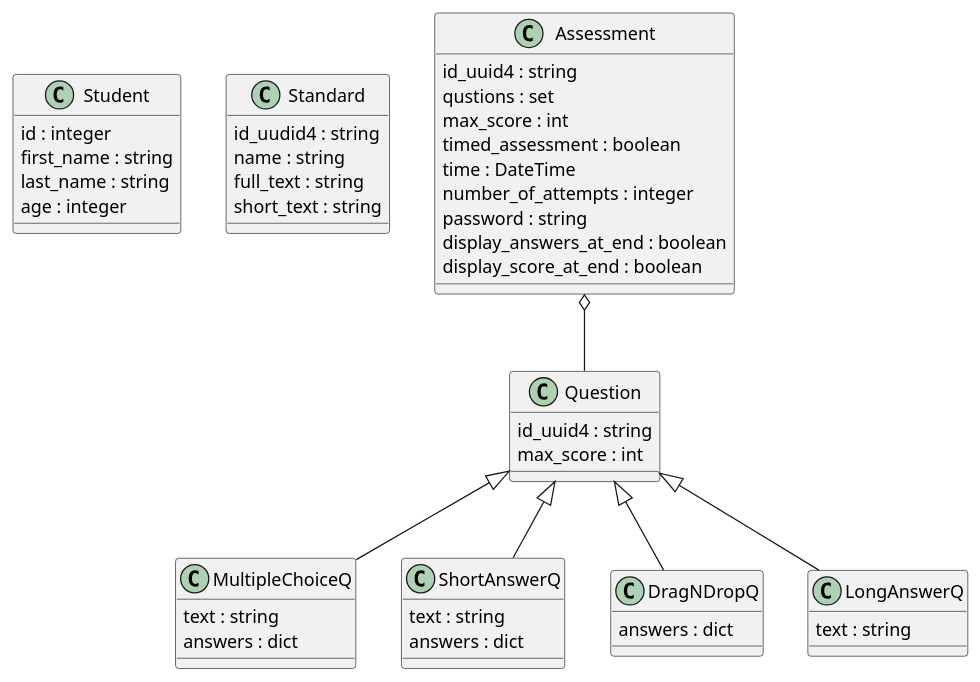
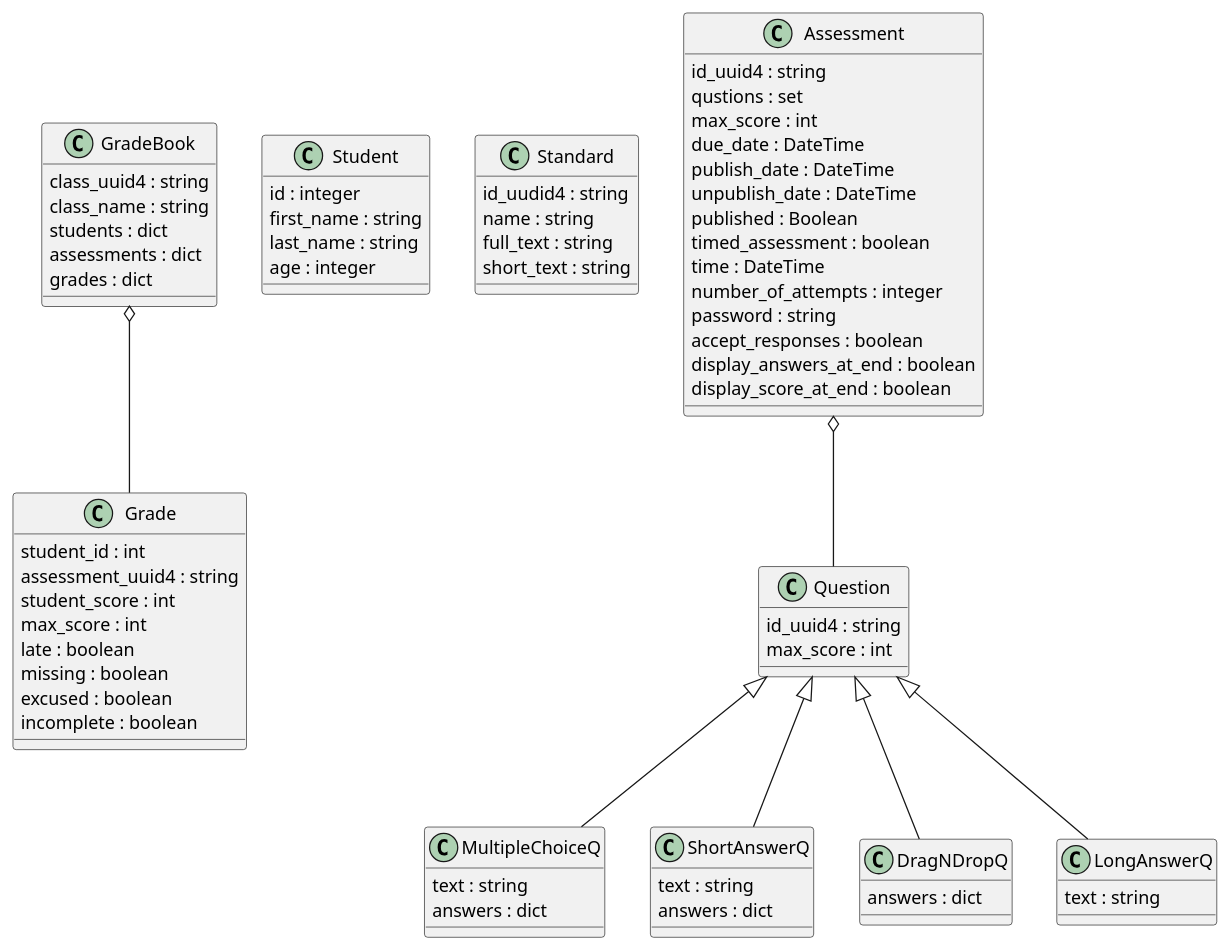
Before and after one commit to tfree87/LibreEd: the second of 2 diagrams in README.org, drawn with PlantUML. The commit also changed 1 other file, not shown here.

Commit message:
Updated classes diagram

```diff
--- a/README.org
+++ b/README.org
@@ -82,5 +82,24 @@
 #+begin_src plantuml :exports results :file classes.png
   @startuml
+
+  class GradeBook {
+  class_uuid4 : string
+  class_name : string
+  students : dict
+  assessments : dict
+  grades : dict
+  }
+
+  class Grade {
+  student_id : int
+  assessment_uuid4 : string
+  student_score : int
+  max_score : int
+  late : boolean
+  missing : boolean
+  excused : boolean
+  incomplete : boolean
+  }
 
   class Student {
   id : integer
@@ -100,10 +119,15 @@
   id_uuid4 : string
   qustions : set
   max_score : int
+  due_date : DateTime
+  publish_date : DateTime
+  unpublish_date : DateTime
+  published : Boolean
   timed_assessment : boolean
   time : DateTime
   number_of_attempts : integer
   password : string
+  accept_responses : boolean
   display_answers_at_end : boolean
   display_score_at_end : boolean
   }
@@ -137,5 +161,7 @@
   Question <|-- DragNDropQ
   Question <|-- LongAnswerQ
 
+  GradeBook o-- Grade
+
   @enduml
 #+end_src
```
